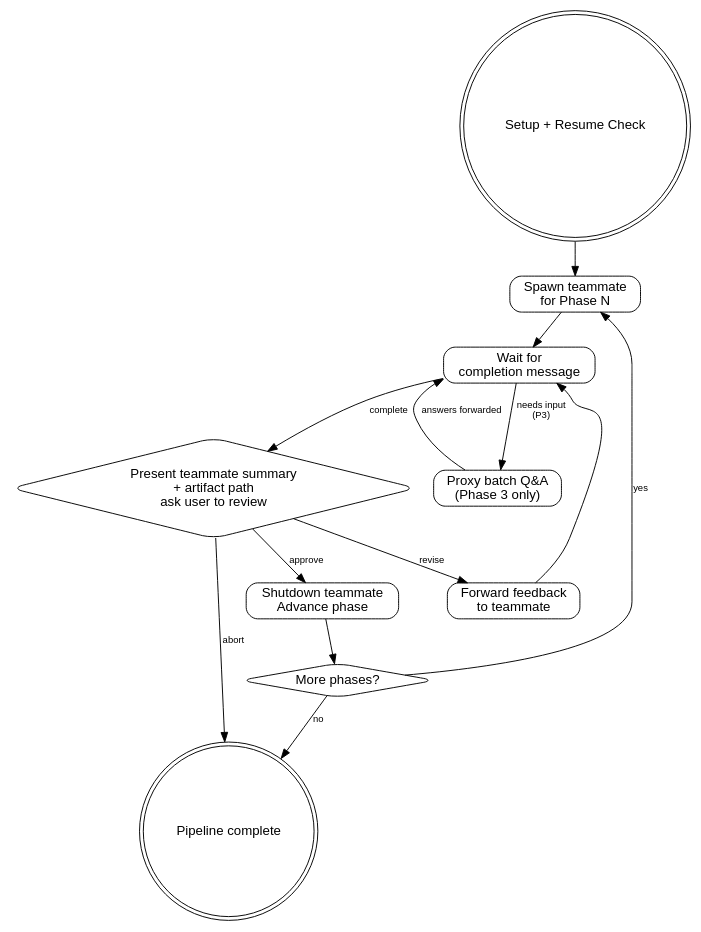
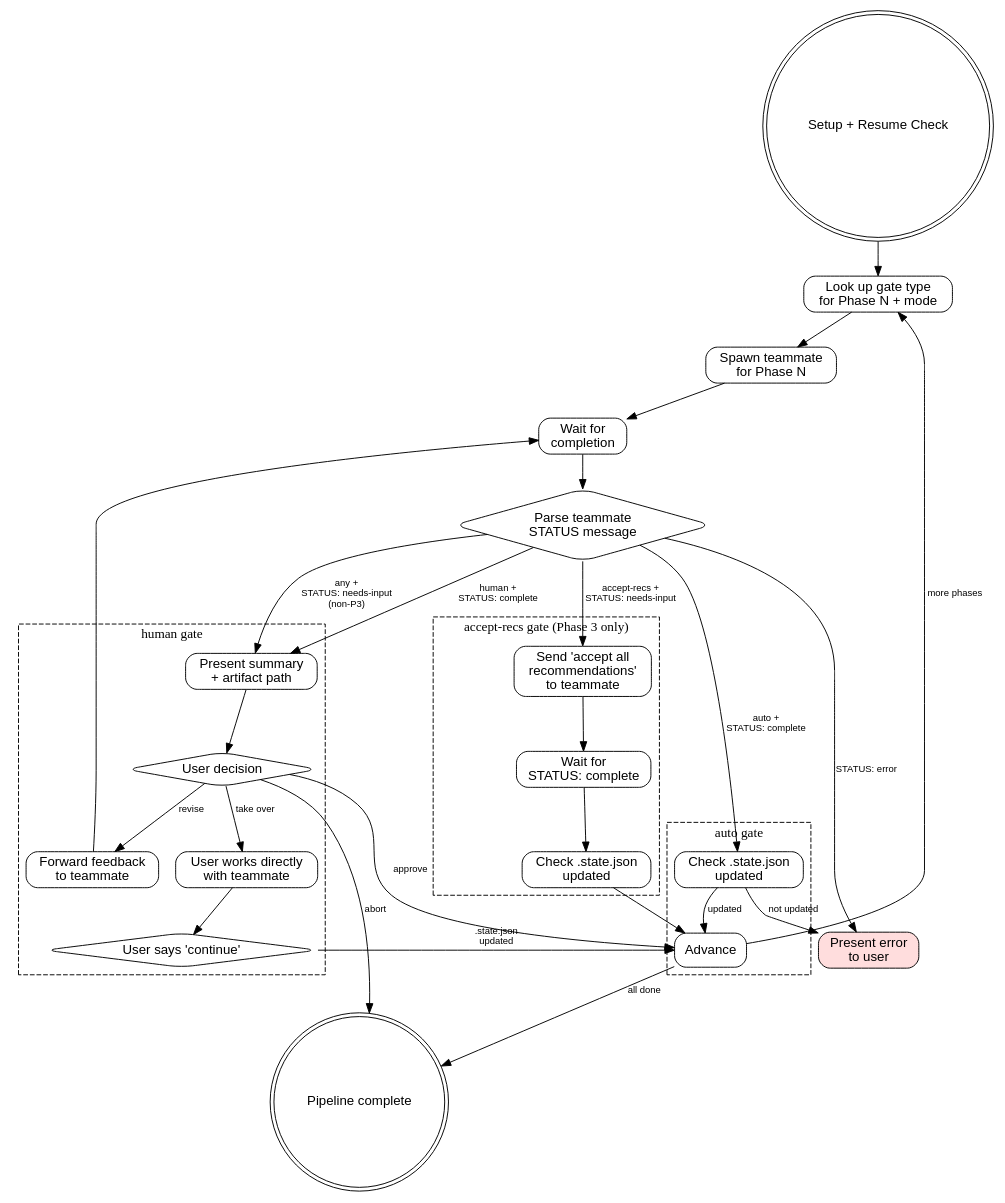
Before and after one commit to ronsanzone/claude-essentials: the diagram in .claude/skills/deep-work-pipeline/SKILL.md, drawn with Graphviz. The commit also changed other lines of this file, not shown here.

First line of the commit message:
feat: implement gate mode dispatch and thin lead pipeline loop

````diff
--- a/.claude/skills/deep-work-pipeline/SKILL.md
+++ b/.claude/skills/deep-work-pipeline/SKILL.md
@@ -72,30 +74,70 @@
 ```dot
 digraph pipeline {
     rankdir=TB;
     node [shape=box, style=rounded, fontname="Helvetica"];
     edge [fontname="Helvetica", fontsize=10];
 
     init [label="Setup + Resume Check" shape=doublecircle];
+    lookup [label="Look up gate type\nfor Phase N + mode"];
     spawn [label="Spawn teammate\nfor Phase N"];
-    wait [label="Wait for\ncompletion message"];
-    proxy_qa [label="Proxy batch Q&A\n(Phase 3 only)"];
-    gate [label="Present teammate summary\n+ artifact path\nask user to review" shape=diamond];
-    revise [label="Forward feedback\nto teammate"];
-    advance [label="Shutdown teammate\nAdvance phase"];
-    next [label="More phases?" shape=diamond];
+    wait [label="Wait for\ncompletion"];
+    check_status [label="Parse teammate\nSTATUS message" shape=diamond];
+
+    subgraph cluster_auto {
+        label="auto gate";
+        style=dashed;
+        auto_check [label="Check .state.json\nupdated"];
+        auto_advance [label="Advance"];
+    }
+
+    subgraph cluster_human {
+        label="human gate";
+        style=dashed;
+        present [label="Present summary\n+ artifact path"];
+        gate [label="User decision" shape=diamond];
+        revise [label="Forward feedback\nto teammate"];
+        takeover [label="User works directly\nwith teammate"];
+        takeover_done [label="User says 'continue'" shape=diamond];
+    }
+
+    subgraph cluster_accept_recs {
+        label="accept-recs gate (Phase 3 only)";
+        style=dashed;
+        send_accept [label="Send 'accept all\nrecommendations'\nto teammate"];
+        accept_wait [label="Wait for\nSTATUS: complete"];
+        accept_check [label="Check .state.json\nupdated"];
+    }
+
     done [label="Pipeline complete" shape=doublecircle];
+    error [label="Present error\nto user" shape=box style="rounded,filled" fillcolor="#ffdddd"];
 
-    init -> spawn;
+    init -> lookup;
+    lookup -> spawn;
     spawn -> wait;
-    wait -> proxy_qa [label="needs input\n(P3)"];
-    wait -> gate [label="complete"];
-    proxy_qa -> wait [label="answers forwarded"];
-    gate -> advance [label="approve"];
+    wait -> check_status;
+
+    check_status -> auto_check [label="auto +\nSTATUS: complete"];
+    check_status -> present [label="human +\nSTATUS: complete"];
+    check_status -> send_accept [label="accept-recs +\nSTATUS: needs-input"];
+    check_status -> present [label="any +\nSTATUS: needs-input\n(non-P3)"];
+    check_status -> error [label="STATUS: error"];
+
+    auto_check -> auto_advance [label="updated"];
+    auto_check -> error [label="not updated"];
+    auto_advance -> lookup [label="more phases"];
+    auto_advance -> done [label="all done"];
+
+    present -> gate;
+    gate -> auto_advance [label="approve"];
     gate -> revise [label="revise"];
+    gate -> takeover [label="take over"];
     gate -> done [label="abort"];
     revise -> wait;
-    advance -> next;
-    next -> spawn [label="yes"];
-    next -> done [label="no"];
+    takeover -> takeover_done;
+    takeover_done -> auto_advance [label=".state.json\nupdated"];
+
+    send_accept -> accept_wait;
+    accept_wait -> accept_check;
+    accept_check -> auto_advance;
 }
 ```
````
